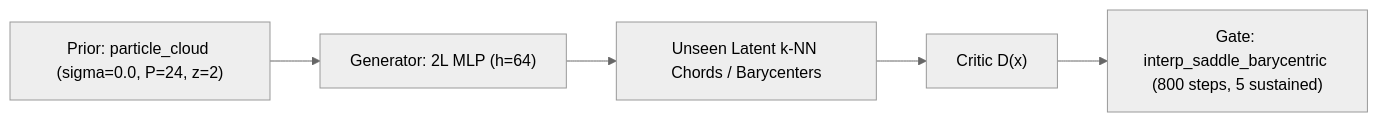
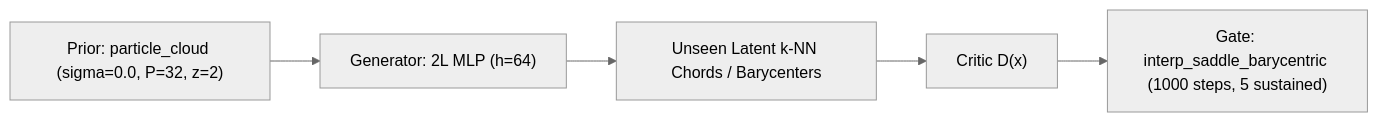
One commit to HyperGAN/ParticleGAN changed the diagram in reports/forge/experiments/interp_saddle_barycentric.md. Above: the diagram before and after it, drawn with Mermaid (neutral theme). The commit also changed other lines of this file and 500 other files, not shown here.

````diff
--- a/reports/forge/experiments/interp_saddle_barycentric.md
+++ b/reports/forge/experiments/interp_saddle_barycentric.md
@@ -46,7 +46,7 @@
 ```mermaid
 flowchart LR
-    P["Prior: particle_cloud (sigma=0.0, P=24, z=2)"] --> G["Generator: 2L MLP (h=64)"]
+    P["Prior: particle_cloud (sigma=0.0, P=32, z=2)"] --> G["Generator: 2L MLP (h=64)"]
     G --> M["Unseen Latent k-NN Chords / Barycenters"]
     M --> D["Critic D(x)"]
-    D --> Gate["Gate: interp_saddle_barycentric (800 steps, 5 sustained)"]
+    D --> Gate["Gate: interp_saddle_barycentric (1000 steps, 5 sustained)"]
 ```
````
